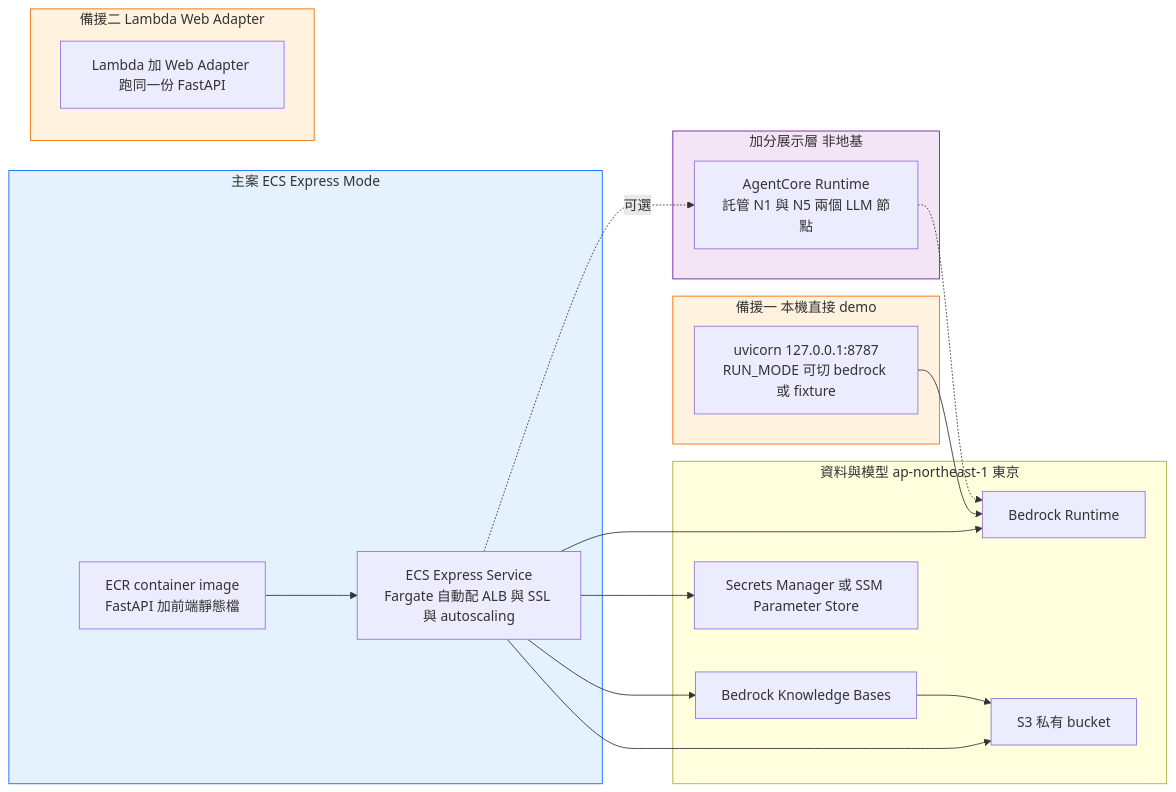
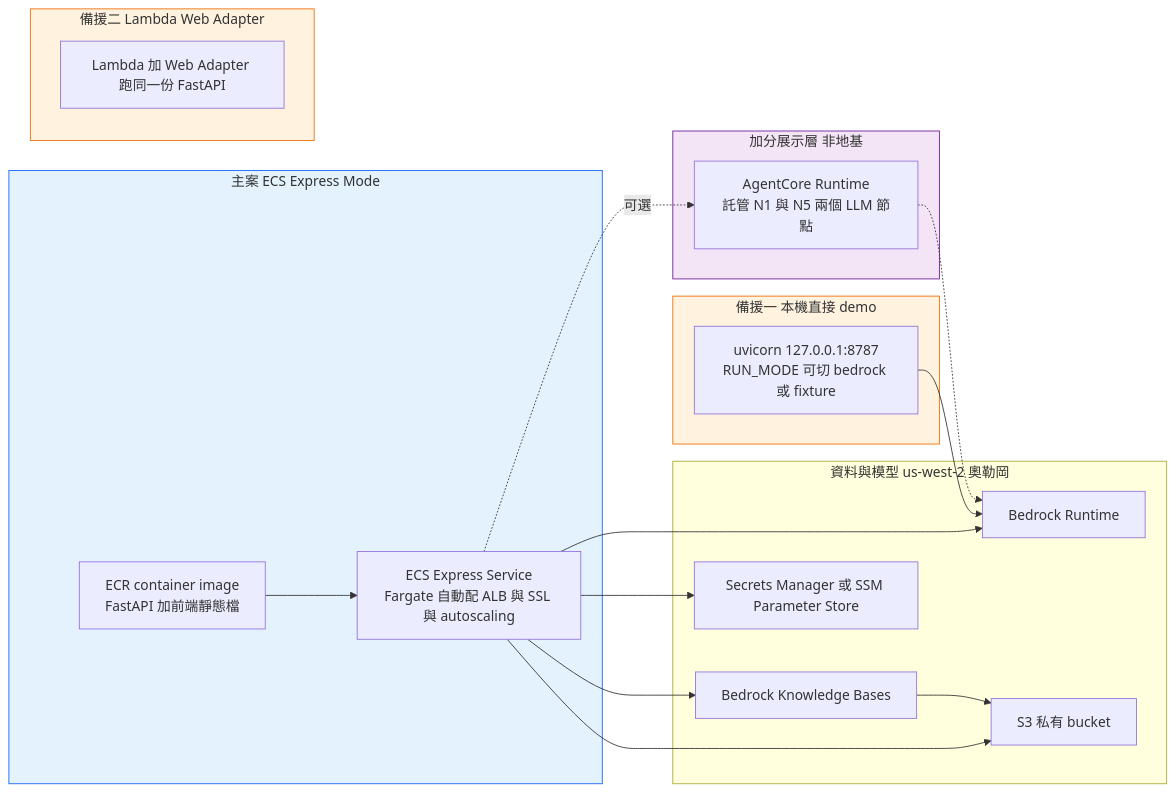
One commit to thousand-mountains/hackathon-newtaipei-2026-public changed the fifth of 5 diagrams in docs/architecture.md. Above: the diagram before and after it, drawn with Mermaid. The commit also changed other lines of this file and 2 other files, not shown here.

First line of the commit message:
docs(aws): HANDOFF／architecture／spec 的 region 由 ap-northeast-1 改為 us-west-2

````diff
--- a/docs/architecture.md
+++ b/docs/architecture.md
@@ -872,41 +872,41 @@
 ```mermaid
 flowchart LR
     subgraph P["主案 ECS Express Mode"]
         ECR["ECR container image<br/>FastAPI 加前端靜態檔"]
         EXP["ECS Express Service<br/>Fargate 自動配 ALB 與 SSL 與 autoscaling"]
         ECR --> EXP
     end
 
     subgraph B1["備援一 本機直接 demo"]
         UVI["uvicorn 127.0.0.1:8787<br/>RUN_MODE 可切 bedrock 或 fixture"]
     end
 
     subgraph B2["備援二 Lambda Web Adapter"]
         LWA["Lambda 加 Web Adapter 跑同一份 FastAPI"]
     end
 
     subgraph X["加分展示層 非地基"]
         AC["AgentCore Runtime<br/>託管 N1 與 N5 兩個 LLM 節點"]
     end
 
-    subgraph DATA["資料與模型 ap-northeast-1 東京"]
+    subgraph DATA["資料與模型 us-west-2 奧勒岡"]
         BRR["Bedrock Runtime"]
         KBB["Bedrock Knowledge Bases"]
         S3B["S3 私有 bucket"]
         SM["Secrets Manager 或 SSM Parameter Store"]
     end
 
     EXP --> BRR
     EXP --> KBB
     EXP --> S3B
     EXP --> SM
     UVI --> BRR
     EXP -.可選.-> AC
     AC -.-> BRR
     KBB --> S3B
 
     style P fill:#e3f2fd,stroke:#0f62fe
     style B1 fill:#fff3e0,stroke:#ef6c00
     style B2 fill:#fff3e0,stroke:#ef6c00
     style X fill:#f3e5f5,stroke:#6a1b9a
 ```
````
